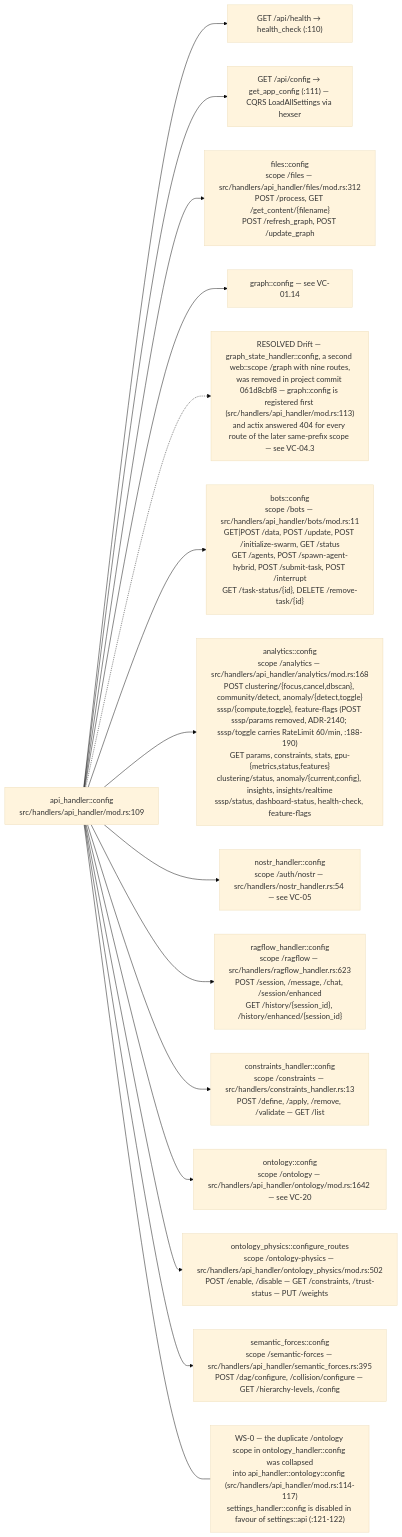
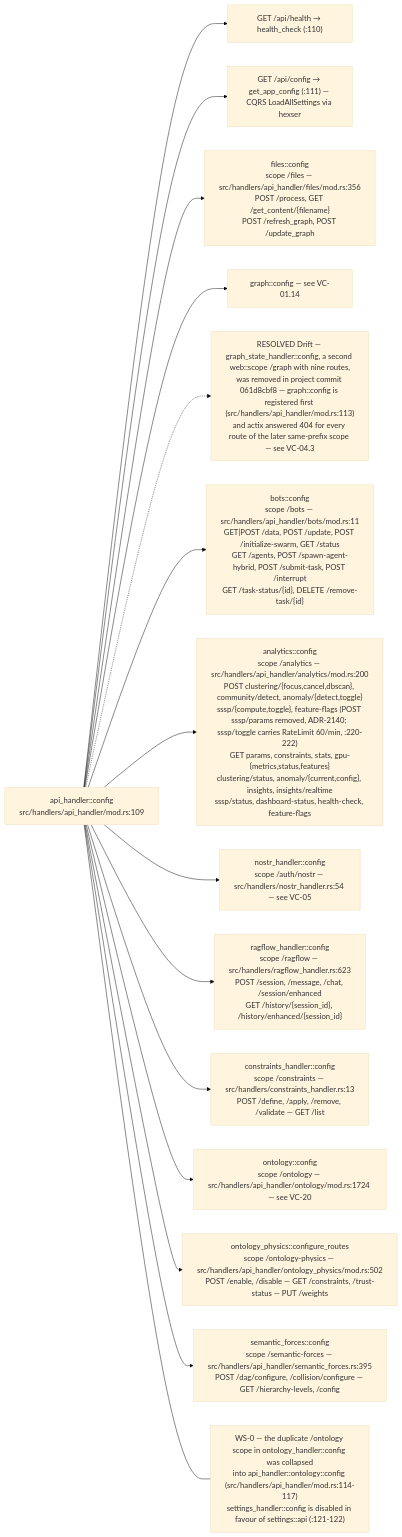
One commit to DreamLab-AI/VisionFlow changed the ninth of 13 diagrams in docs/diagrams/visionclaw/01-boot-and-app-state.md. Above: the diagram before and after it, drawn with Mermaid (base theme). The commit also changed other lines of this file and 56 other files, not shown here.

First line of the commit message:
docs(diagrams): re-verify VisionClaw topics at ec785afa9, add VC-19/56/57 and the VisionClaw register

````diff
--- a/docs/diagrams/visionclaw/01-boot-and-app-state.md
+++ b/docs/diagrams/visionclaw/01-boot-and-app-state.md
@@ -407,19 +421,19 @@
 ```mermaid
 flowchart LR
     C["api_handler::config<br/>src/handlers/api_handler/mod.rs:109"]
     C --> A1["GET /api/health → health_check (:110)"]
     C --> A2["GET /api/config → get_app_config (:111) — CQRS LoadAllSettings via hexser"]
-    C --> F["files::config<br/>scope /files — src/handlers/api_handler/files/mod.rs:312<br/>POST /process, GET /get_content/{filename}<br/>POST /refresh_graph, POST /update_graph"]
+    C --> F["files::config<br/>scope /files — src/handlers/api_handler/files/mod.rs:356<br/>POST /process, GET /get_content/{filename}<br/>POST /refresh_graph, POST /update_graph"]
     C --> G["graph::config — see VC-01.14"]
     C -.-> GX["RESOLVED Drift — graph_state_handler::config, a second web::scope /graph with nine routes,<br/>was removed in project commit 061d8cbf8 — graph::config is registered first (src/handlers/api_handler/mod.rs:113)<br/>and actix answered 404 for every route of the later same-prefix scope — see VC-04.3"]
     C --> B["bots::config<br/>scope /bots — src/handlers/api_handler/bots/mod.rs:11<br/>GET|POST /data, POST /update, POST /initialize-swarm, GET /status<br/>GET /agents, POST /spawn-agent-hybrid, POST /submit-task, POST /interrupt<br/>GET /task-status/{id}, DELETE /remove-task/{id}"]
-    C --> AN["analytics::config<br/>scope /analytics — src/handlers/api_handler/analytics/mod.rs:168<br/>POST clustering/{focus,cancel,dbscan}, community/detect, anomaly/{detect,toggle}<br/>sssp/{compute,toggle}, feature-flags (POST sssp/params removed, ADR-2140; sssp/toggle carries RateLimit 60/min, :188-190)<br/>GET params, constraints, stats, gpu-{metrics,status,features}<br/>clustering/status, anomaly/{current,config}, insights, insights/realtime<br/>sssp/status, dashboard-status, health-check, feature-flags"]
+    C --> AN["analytics::config<br/>scope /analytics — src/handlers/api_handler/analytics/mod.rs:200<br/>POST clustering/{focus,cancel,dbscan}, community/detect, anomaly/{detect,toggle}<br/>sssp/{compute,toggle}, feature-flags (POST sssp/params removed, ADR-2140; sssp/toggle carries RateLimit 60/min, :220-222)<br/>GET params, constraints, stats, gpu-{metrics,status,features}<br/>clustering/status, anomaly/{current,config}, insights, insights/realtime<br/>sssp/status, dashboard-status, health-check, feature-flags"]
     C --> NO["nostr_handler::config<br/>scope /auth/nostr — src/handlers/nostr_handler.rs:54 — see VC-05"]
     C --> RF["ragflow_handler::config<br/>scope /ragflow — src/handlers/ragflow_handler.rs:623<br/>POST /session, /message, /chat, /session/enhanced<br/>GET /history/{session_id}, /history/enhanced/{session_id}"]
     C --> CO["constraints_handler::config<br/>scope /constraints — src/handlers/constraints_handler.rs:13<br/>POST /define, /apply, /remove, /validate — GET /list"]
-    C --> ON["ontology::config<br/>scope /ontology — src/handlers/api_handler/ontology/mod.rs:1642 — see VC-20"]
+    C --> ON["ontology::config<br/>scope /ontology — src/handlers/api_handler/ontology/mod.rs:1724 — see VC-20"]
     C --> OP["ontology_physics::configure_routes<br/>scope /ontology-physics — src/handlers/api_handler/ontology_physics/mod.rs:502<br/>POST /enable, /disable — GET /constraints, /trust-status — PUT /weights"]
     C --> SF["semantic_forces::config<br/>scope /semantic-forces — src/handlers/api_handler/semantic_forces.rs:395<br/>POST /dag/configure, /collision/configure — GET /hierarchy-levels, /config"]
     N["WS-0 — the duplicate /ontology scope in ontology_handler::config was collapsed<br/>into api_handler::ontology::config (src/handlers/api_handler/mod.rs:114-117)<br/>settings_handler::config is disabled in favour of settings::api (:121-122)"]
     C --- N
 ```
````
